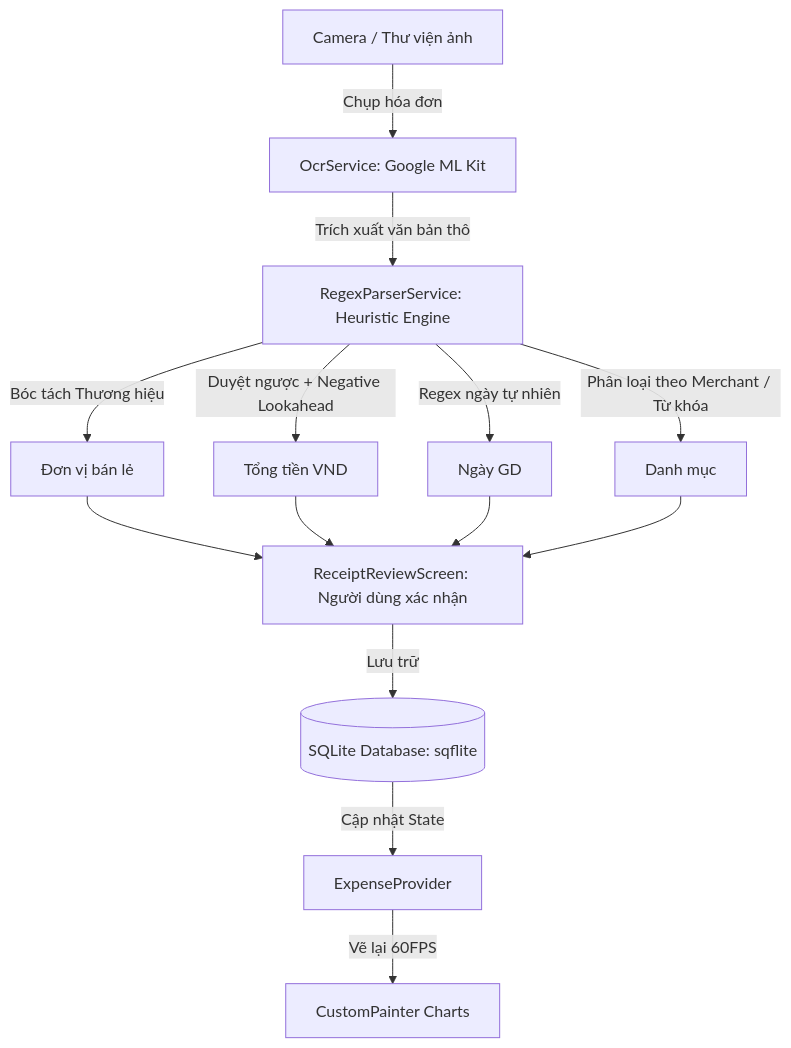
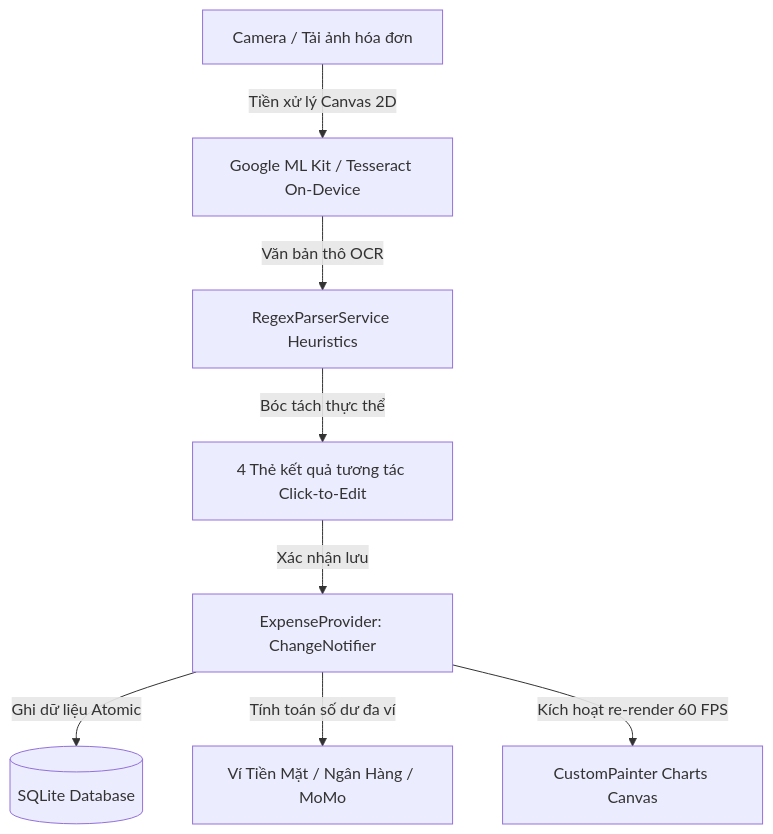
Before and after one commit to trandinhnhut05/ocr-expense-tracker: the diagram in TECHNICAL_REPORT.md, drawn with Mermaid. The commit also changed other lines of this file and 5 other files, not shown here.

````diff
--- a/TECHNICAL_REPORT.md
+++ b/TECHNICAL_REPORT.md
@@ -140,13 +81,10 @@
 ```mermaid
 graph TD
-    A[Camera / Thư viện ảnh] -->|Chụp hóa đơn| B[OcrService: Google ML Kit]
-    B -->|Trích xuất văn bản thô| C[RegexParserService: Heuristic Engine]
-    C -->|Bóc tách Thương hiệu| D1[Đơn vị bán lẻ]
-    C -->|Duyệt ngược + Negative Lookahead| D2[Tổng tiền VND]
-    C -->|Regex ngày tự nhiên| D3[Ngày GD]
-    C -->|Phân loại theo Merchant / Từ khóa| D4[Danh mục]
-    D1 & D2 & D3 & D4 --> E[ReceiptReviewScreen: Người dùng xác nhận]
-    E -->|Lưu trữ| F[(SQLite Database: sqflite)]
-    F -->|Cập nhật State| G[ExpenseProvider]
-    G -->|Vẽ lại 60FPS| H[CustomPainter Charts]
+    A[Camera / Tải ảnh hóa đơn] -->|Tiền xử lý Canvas 2D| B[Google ML Kit / Tesseract On-Device]
+    B -->|Văn bản thô OCR| C[RegexParserService Heuristics]
+    C -->|Bóc tách thực thể| D[4 Thẻ kết quả tương tác Click-to-Edit]
+    D -->|Xác nhận lưu| E[ExpenseProvider: ChangeNotifier]
+    E -->|Ghi dữ liệu Atomic| F[(SQLite Database)]
+    E -->|Tính toán số dư đa ví| G[Ví Tiền Mặt / Ngân Hàng / MoMo]
+    E -->|Kích hoạt re-render 60 FPS| H[CustomPainter Charts Canvas]
 ```
````
